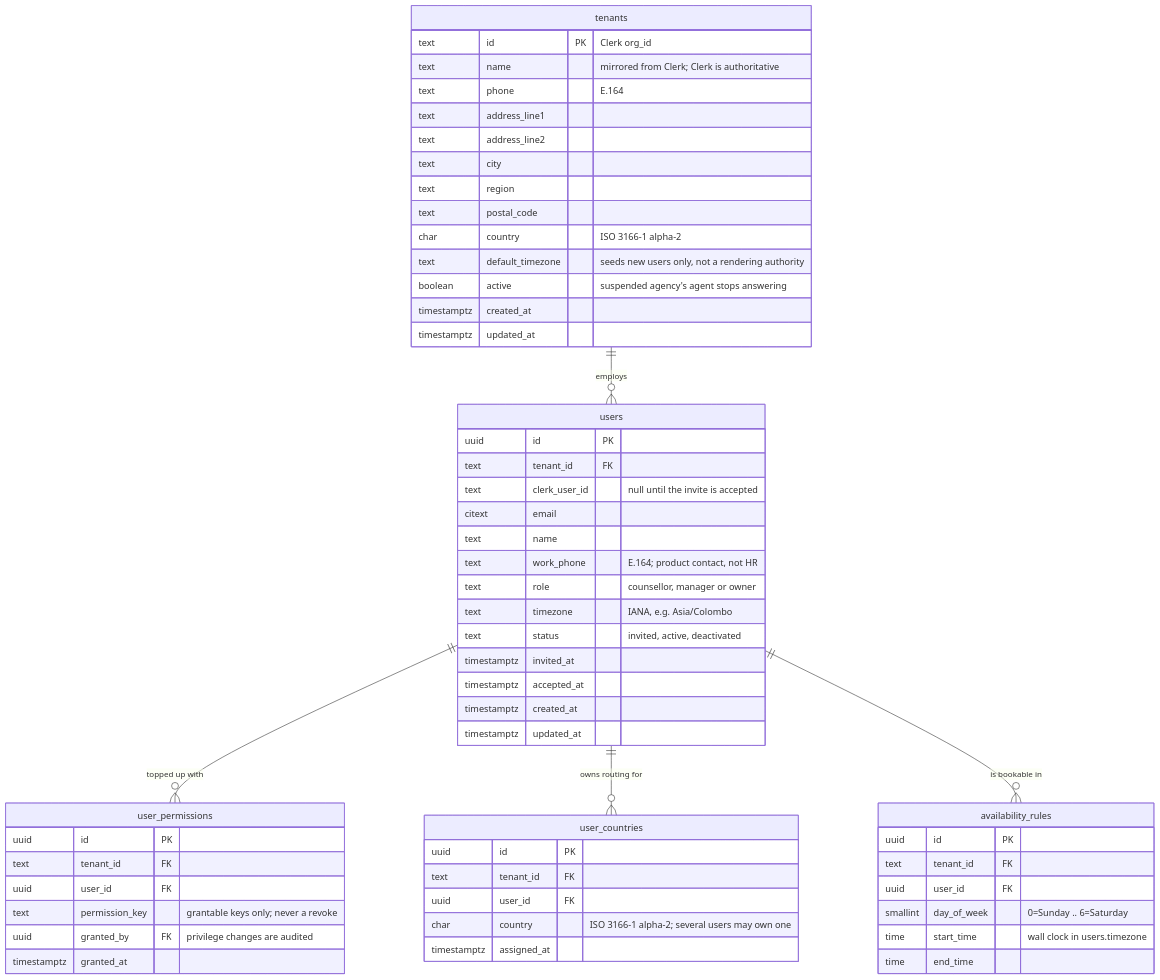
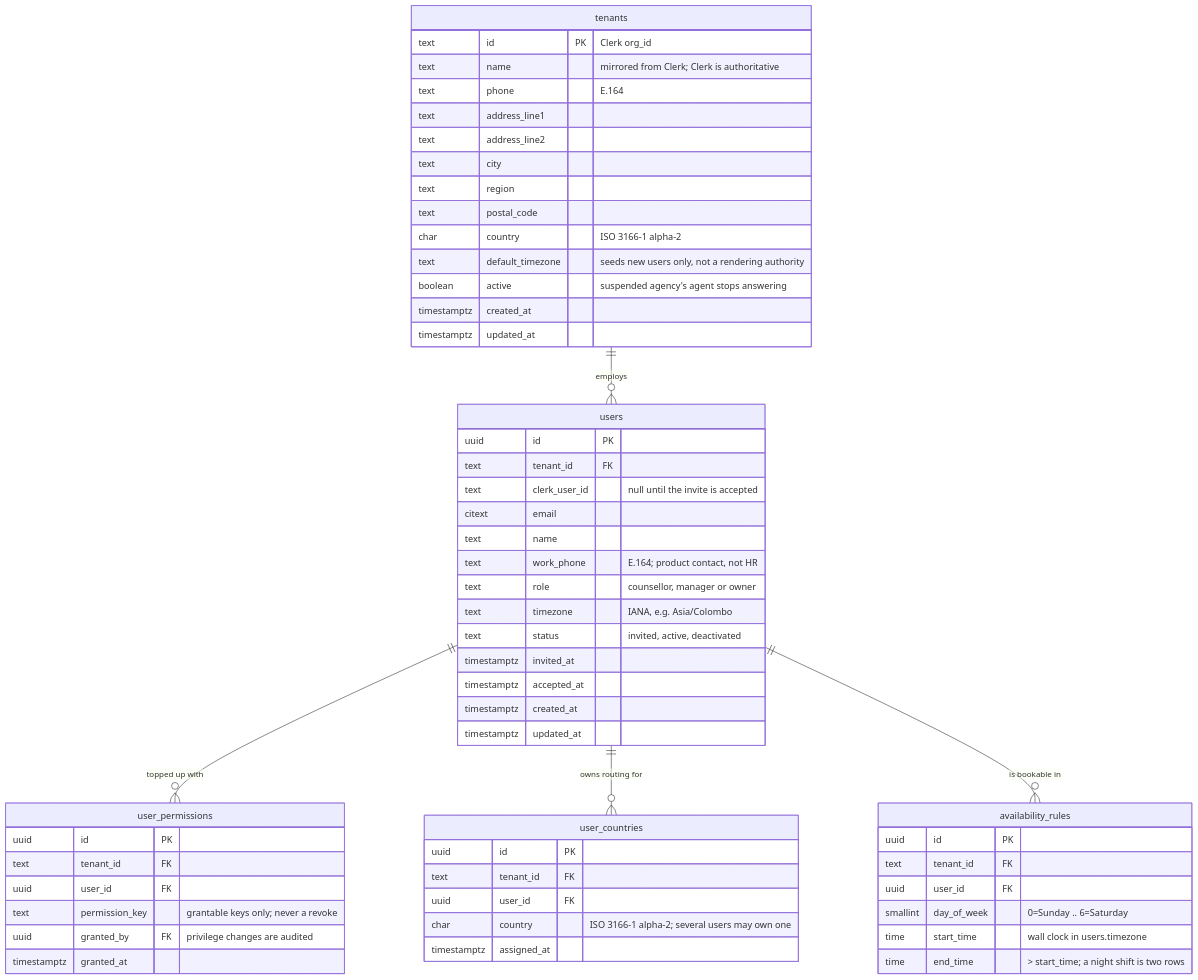
One commit to sathudeva7/2026-AUS-AI-tutorial changed the first of 2 diagrams in Lab-05/db/SCHEMA.md. Above: the diagram before and after it, drawn with Mermaid. The commit also changed other lines of this file and 5 other files, not shown here.

````diff
--- a/Lab-05/db/SCHEMA.md
+++ b/Lab-05/db/SCHEMA.md
@@ -38,65 +38,65 @@
 ```mermaid
 erDiagram
     tenants ||--o{ users : "employs"
     users ||--o{ user_permissions : "topped up with"
     users ||--o{ user_countries : "owns routing for"
     users ||--o{ availability_rules : "is bookable in"
 
     tenants {
         text id PK "Clerk org_id"
         text name "mirrored from Clerk; Clerk is authoritative"
         text phone "E.164"
         text address_line1
         text address_line2
         text city
         text region
         text postal_code
         char country "ISO 3166-1 alpha-2"
         text default_timezone "seeds new users only, not a rendering authority"
         boolean active "suspended agency's agent stops answering"
         timestamptz created_at
         timestamptz updated_at
     }
 
     users {
         uuid id PK
         text tenant_id FK
         text clerk_user_id "null until the invite is accepted"
         citext email
         text name
         text work_phone "E.164; product contact, not HR"
         text role "counsellor, manager or owner"
         text timezone "IANA, e.g. Asia/Colombo"
         text status "invited, active, deactivated"
         timestamptz invited_at
         timestamptz accepted_at
         timestamptz created_at
         timestamptz updated_at
     }
 
     user_permissions {
         uuid id PK
         text tenant_id FK
         uuid user_id FK
         text permission_key "grantable keys only; never a revoke"
         uuid granted_by FK "privilege changes are audited"
         timestamptz granted_at
     }
 
     user_countries {
         uuid id PK
         text tenant_id FK
         uuid user_id FK
         char country "ISO 3166-1 alpha-2; several users may own one"
         timestamptz assigned_at
     }
 
     availability_rules {
         uuid id PK
         text tenant_id FK
         uuid user_id FK
         smallint day_of_week "0=Sunday .. 6=Saturday"
         time start_time "wall clock in users.timezone"
-        time end_time
+        time end_time "> start_time; a night shift is two rows"
     }
 ```
````
